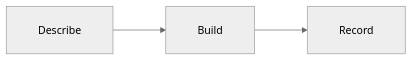
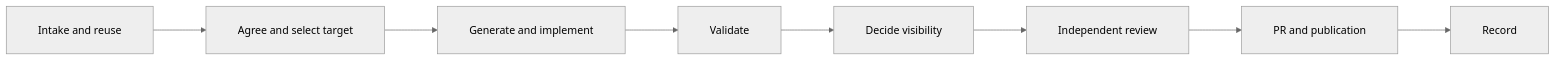
One commit to puddle-works/puddleworks-factory changed the diagram in README.md. Above: the diagram before and after it, drawn with Mermaid (neutral theme). The commit also changed other lines of this file and 2 other files, not shown here.

````diff
--- a/README.md
+++ b/README.md
@@ -28,15 +28,20 @@
 ```mermaid
 ---
 config:
   flowchart:
     rankSpacing: 80
     padding: 24
 ---
 flowchart LR
-    describe["Describe"]
-    build["Build"]
+    intake["Intake and reuse"]
+    agree["Agree and select target"]
+    implement["Generate and implement"]
+    validate["Validate"]
+    visibility["Decide visibility"]
+    review["Independent review"]
+    publish["PR and publication"]
     record["Record"]
 
-    describe --> build
-    build --> record
+    intake --> agree --> implement --> validate
+    validate --> visibility --> review --> publish --> record
 ```
````
